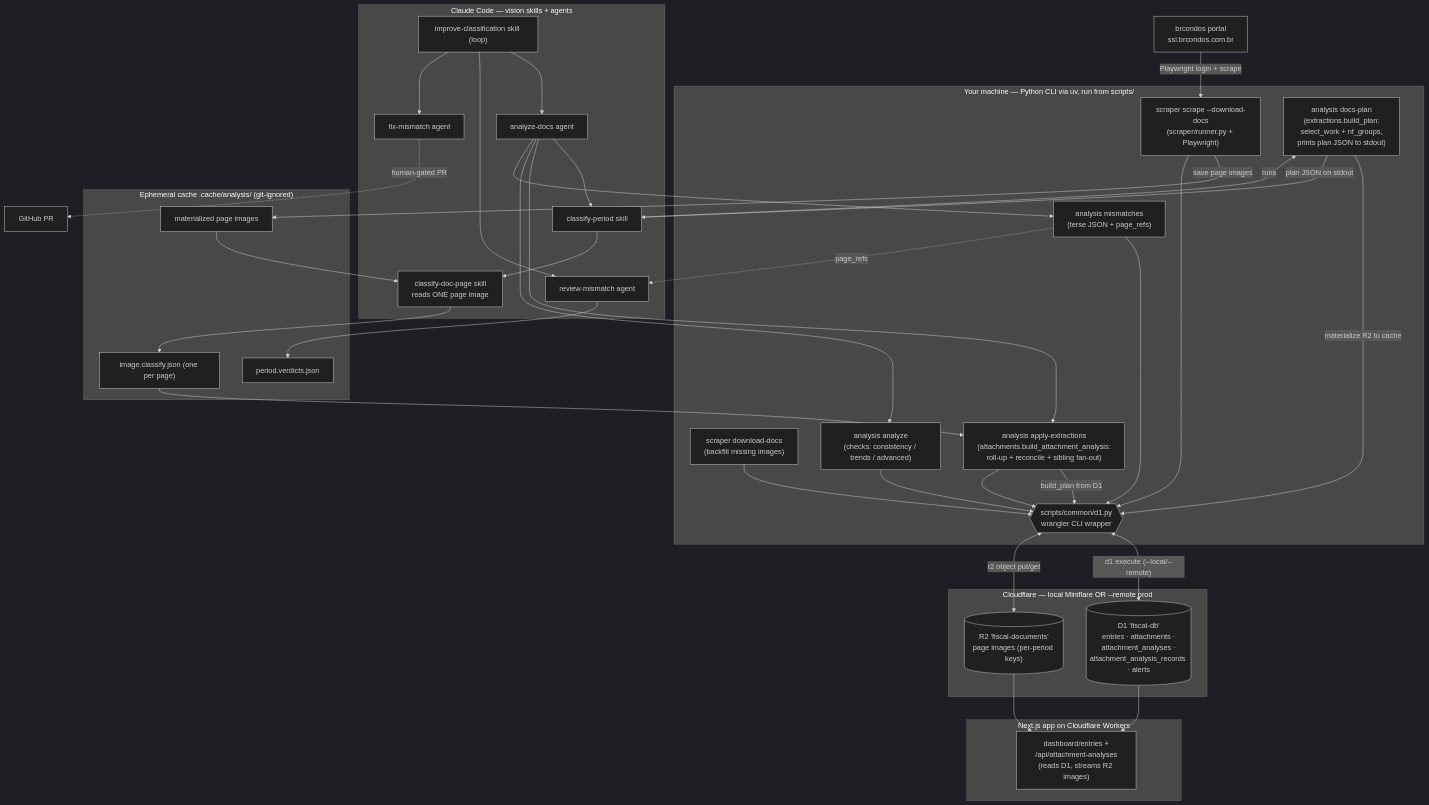
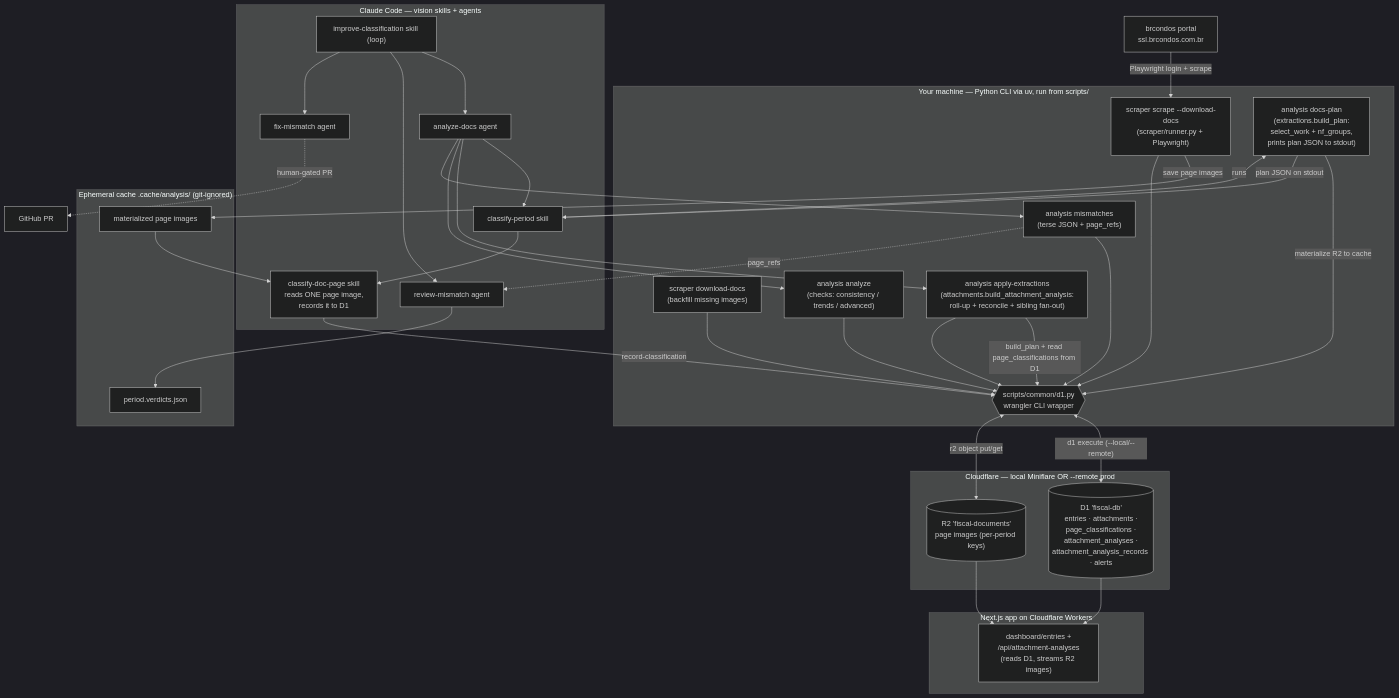
One commit to Gchahm/svhc-relatorios changed the first of 3 diagrams in scripts/pipeline-flow.md. Above: the diagram before and after it, drawn with Mermaid (dark theme). The commit also changed other lines of this file and 28 other files, not shown here.

First line of the commit message:
feat(017): record per-page classifications to D1; remove .classify.json (#24)

````diff
--- a/scripts/pipeline-flow.md
+++ b/scripts/pipeline-flow.md
@@ -32,72 +32,70 @@
 ```mermaid
 flowchart TD
     portal["brcondos portal<br/>ssl.brcondos.com.br"]
 
     subgraph LOCAL["Your machine — Python CLI via uv, run from scripts/"]
         scrape["scraper scrape --download-docs<br/>(scraper/runner.py + Playwright)"]
         ddocs["scraper download-docs<br/>(backfill missing images)"]
         plan["analysis docs-plan<br/>(extractions.build_plan:<br/>select_work + nf_groups,<br/>prints plan JSON to stdout)"]
         apply["analysis apply-extractions<br/>(attachments.build_attachment_analysis:<br/>roll-up + reconcile + sibling fan-out)"]
         analyze["analysis analyze<br/>(checks: consistency / trends / advanced)"]
         mismatch["analysis mismatches<br/>(terse JSON + page_refs)"]
         d1wrap{{"scripts/common/d1.py<br/>wrangler CLI wrapper"}}
     end
 
     subgraph CLAUDE["Claude Code — vision skills + agents"]
         classifyP["classify-period skill"]
-        classifyD["classify-doc-page skill<br/>reads ONE page image"]
+        classifyD["classify-doc-page skill<br/>reads ONE page image,<br/>records it to D1"]
         adocs["analyze-docs agent"]
         improve["improve-classification skill (loop)"]
         review["review-mismatch agent"]
         fix["fix-mismatch agent"]
     end
 
     subgraph CF["Cloudflare — local Miniflare OR --remote prod"]
-        d1[("D1 'fiscal-db'<br/>entries · attachments ·<br/>attachment_analyses ·<br/>attachment_analysis_records · alerts")]
+        d1[("D1 'fiscal-db'<br/>entries · attachments ·<br/>page_classifications ·<br/>attachment_analyses ·<br/>attachment_analysis_records · alerts")]
         r2[("R2 'fiscal-documents'<br/>page images (per-period keys)")]
     end
 
     subgraph CACHE["Ephemeral cache .cache/analysis/ (git-ignored)"]
         imgs["materialized page images"]
-        cj["image.classify.json (one per page)"]
         verdicts["period.verdicts.json"]
     end
 
     subgraph WEB["Next.js app on Cloudflare Workers"]
         ui["dashboard/entries +<br/>/api/attachment-analyses<br/>(reads D1, streams R2 images)"]
     end
 
     portal -->|Playwright login + scrape| scrape
     scrape -->|save page images| imgs
     scrape --> d1wrap
     ddocs --> d1wrap
     d1wrap <-->|"d1 execute (--local/--remote)"| d1
     d1wrap <-->|"r2 object put/get"| r2
 
     plan -->|materialize R2 to cache| d1wrap
     plan -->|plan JSON on stdout| classifyP
     classifyP -->|runs| plan
     classifyP --> classifyD
     imgs --> classifyD
-    classifyD --> cj
-    apply -->|build_plan from D1| d1wrap
-    cj --> apply
+    classifyD -->|record-classification| d1wrap
+    apply -->|build_plan + read page_classifications from D1| d1wrap
     apply --> d1wrap
     analyze --> d1wrap
     mismatch --> d1wrap
 
     adocs --> classifyP
     adocs --> apply
     adocs --> analyze
     adocs --> mismatch
 
     improve --> adocs
     mismatch -. "page_refs" .-> review
     improve --> review
     review --> verdicts
     improve --> fix
     fix -. "human-gated PR" .-> pr["GitHub PR"]
 
     d1 --> ui
     r2 --> ui
 ```
````
